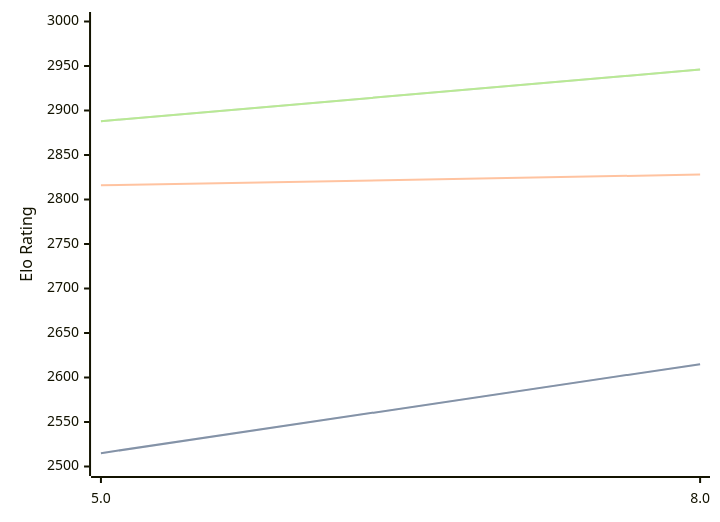
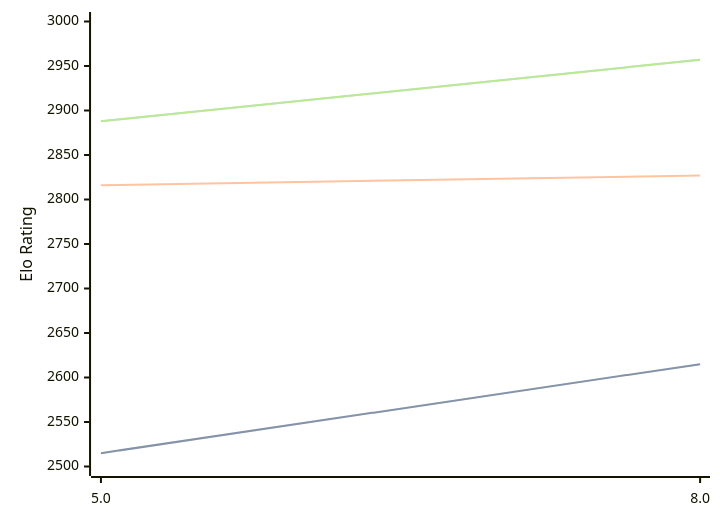
One commit to computer-chess-index/cci changed the diagram in engines/4kc.md. Above: the diagram before and after it, drawn with Mermaid. The commit also changed other lines of this file, not shown here.

Commit message:
Update CCI Ratings (ELO VLTC) - 2026-03-19

````diff
--- a/engines/4kc.md
+++ b/engines/4kc.md
@@ -39,11 +41,11 @@
 ```mermaid
 %%{init: {"theme":"base","themeVariables":{"seriesColors:['#a3a3a3','#222221','#faa371']}}}%%
 xychart-beta
   x-axis ["5.0", "8.0"]
   y-axis "Elo Rating" 2500 --> 3000
   line "STC (8.0+0.08s)" [2515, 2615]
   line "STC (8.0+0.08s)" [2515, 2615]
-  line "LTC (60.0+0.60s)" [2816, 2828]
-  line "VLTC (2m24s+1.12s)" [2888, 2946]
-  line "VLTC (2m24s+1.12s)" [2888, 2946]
+  line "LTC (60.0+0.60s)" [2816, 2827]
+  line "VLTC (2m24s+1.12s)" [2888, 2957]
+  line "VLTC (2m24s+1.12s)" [2888, 2957]
 ```
````
